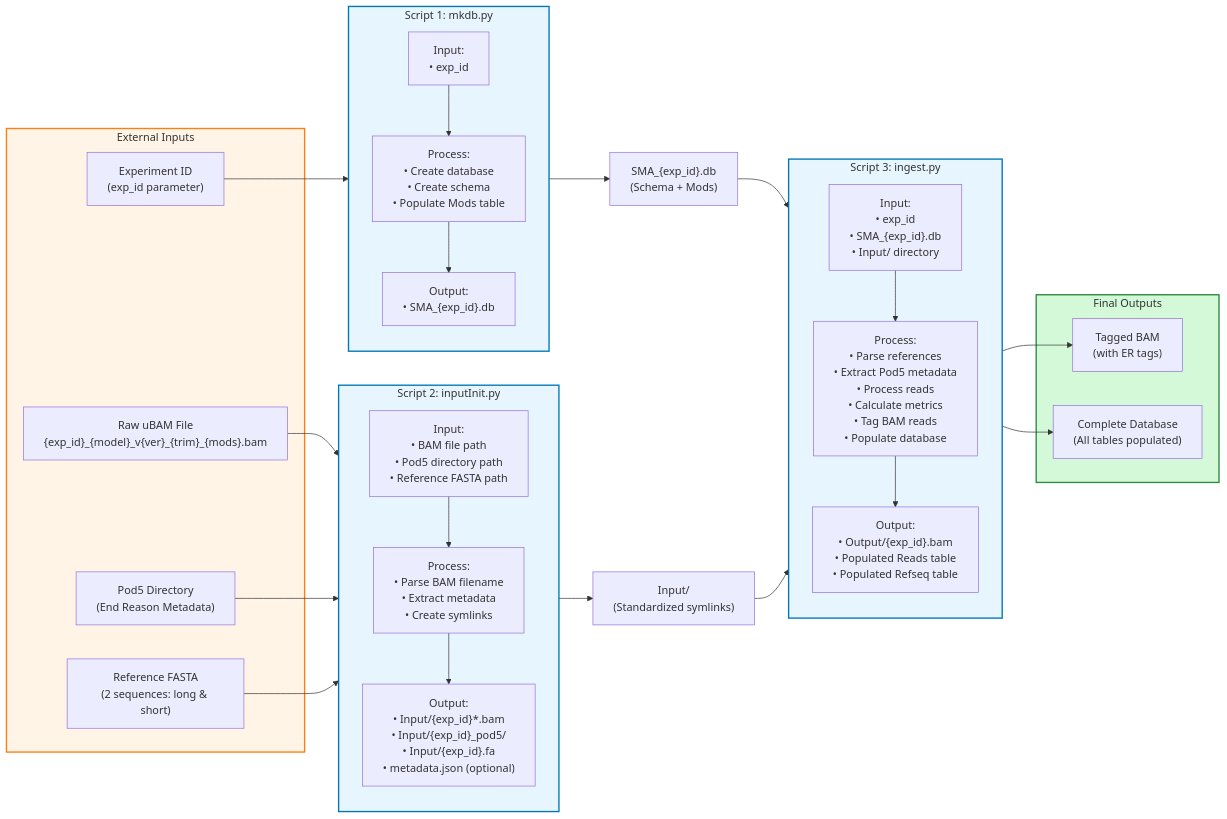
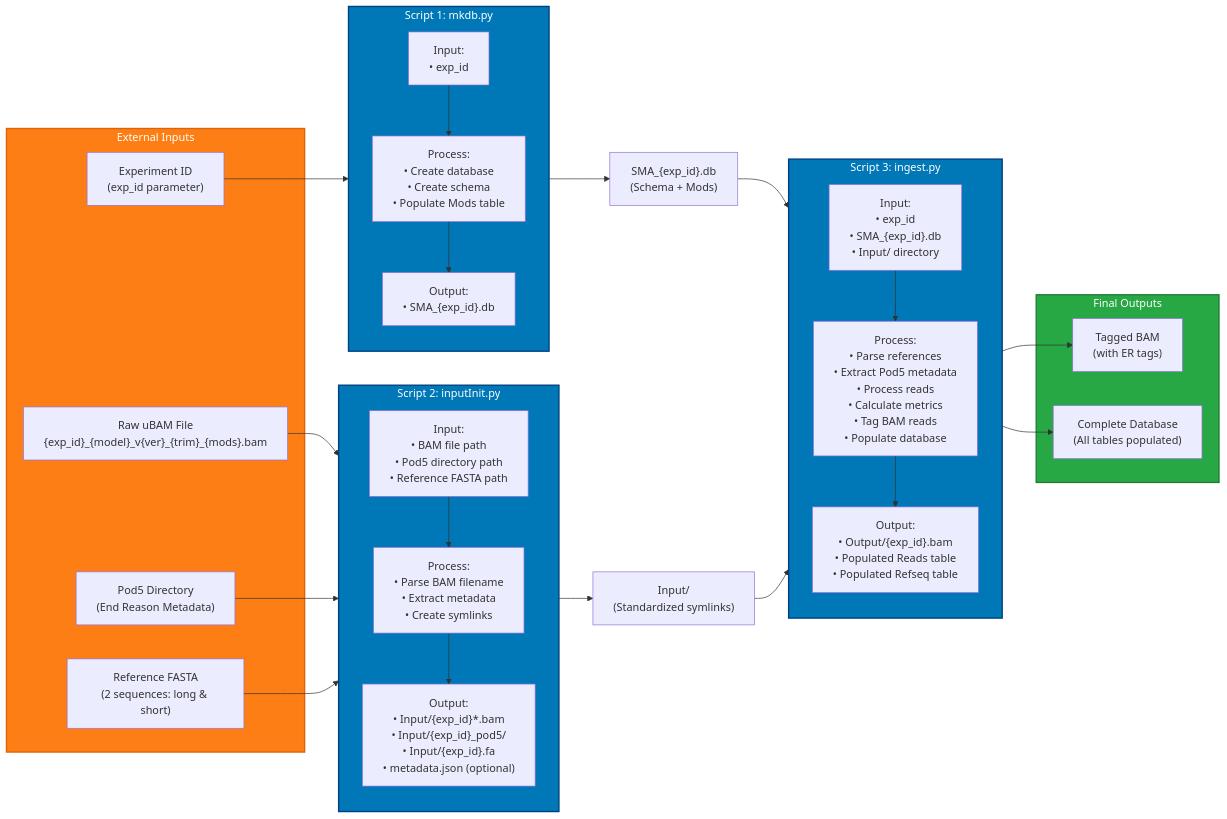
One commit to Single-Molecule-Sequencing/ONT-SMA-seq changed the third of 3 diagrams in WORKFLOW.md. Above: the diagram before and after it, drawn with Mermaid. The commit also changed other lines of this file and 1 other file, not shown here.

Commit message:
Improve color scheme for better readability in diagrams

````diff
--- a/WORKFLOW.md
+++ b/WORKFLOW.md
@@ -179,57 +179,57 @@
 ```mermaid
 flowchart LR
     subgraph Inputs ["External Inputs"]
         BAM["Raw uBAM File<br/>{exp_id}_{model}_v{ver}_{trim}_{mods}.bam"]
         POD5["Pod5 Directory<br/>(End Reason Metadata)"]
         FASTA["Reference FASTA<br/>(2 sequences: long & short)"]
         EXPID["Experiment ID<br/>(exp_id parameter)"]
     end
     
     subgraph Script1 ["Script 1: mkdb.py"]
         direction TB
         S1Input["Input:<br/>• exp_id"]
         S1Process["Process:<br/>• Create database<br/>• Create schema<br/>• Populate Mods table"]
         S1Output["Output:<br/>• SMA_{exp_id}.db"]
         S1Input --> S1Process --> S1Output
     end
     
     subgraph Script2 ["Script 2: inputInit.py"]
         direction TB
         S2Input["Input:<br/>• BAM file path<br/>• Pod5 directory path<br/>• Reference FASTA path"]
         S2Process["Process:<br/>• Parse BAM filename<br/>• Extract metadata<br/>• Create symlinks"]
         S2Output["Output:<br/>• Input/{exp_id}*.bam<br/>• Input/{exp_id}_pod5/<br/>• Input/{exp_id}.fa<br/>• metadata.json (optional)"]
         S2Input --> S2Process --> S2Output
     end
     
     subgraph Script3 ["Script 3: ingest.py"]
         direction TB
         S3Input["Input:<br/>• exp_id<br/>• SMA_{exp_id}.db<br/>• Input/ directory"]
         S3Process["Process:<br/>• Parse references<br/>• Extract Pod5 metadata<br/>• Process reads<br/>• Calculate metrics<br/>• Tag BAM reads<br/>• Populate database"]
         S3Output["Output:<br/>• Output/{exp_id}.bam<br/>• Populated Reads table<br/>• Populated Refseq table"]
         S3Input --> S3Process --> S3Output
     end
     
     subgraph FinalOutputs ["Final Outputs"]
         OUTBAM["Tagged BAM<br/>(with ER tags)"]
         OUTDB["Complete Database<br/>(All tables populated)"]
     end
     
     EXPID --> Script1
     Script1 --> S1DB["SMA_{exp_id}.db<br/>(Schema + Mods)"]
     
     BAM --> Script2
     POD5 --> Script2
     FASTA --> Script2
     Script2 --> S2DIR["Input/<br/>(Standardized symlinks)"]
     
     S1DB --> Script3
     S2DIR --> Script3
     Script3 --> OUTBAM
     Script3 --> OUTDB
     
-    style Inputs fill:#fff4e6,stroke:#fd7e14,stroke-width:2px
-    style Script1 fill:#e7f5ff,stroke:#0077b6,stroke-width:2px
-    style Script2 fill:#e7f5ff,stroke:#0077b6,stroke-width:2px
-    style Script3 fill:#e7f5ff,stroke:#0077b6,stroke-width:2px
-    style FinalOutputs fill:#d3f9d8,stroke:#2b8a3e,stroke-width:2px
+    style Inputs fill:#fd7e14,stroke:#dc6308,stroke-width:2px,color:#fff
+    style Script1 fill:#0077b6,stroke:#004080,stroke-width:2px,color:#fff
+    style Script2 fill:#0077b6,stroke:#004080,stroke-width:2px,color:#fff
+    style Script3 fill:#0077b6,stroke:#004080,stroke-width:2px,color:#fff
+    style FinalOutputs fill:#28a745,stroke:#1e7e34,stroke-width:2px,color:#fff
 ```
````
